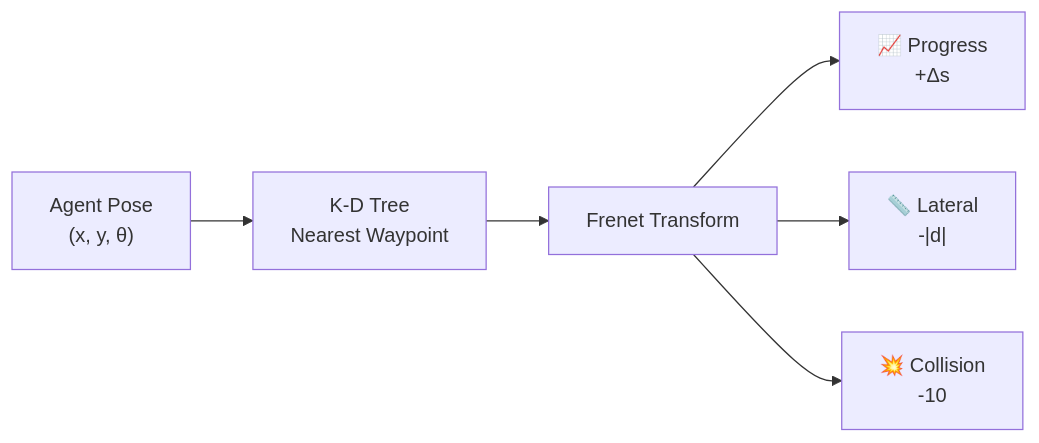
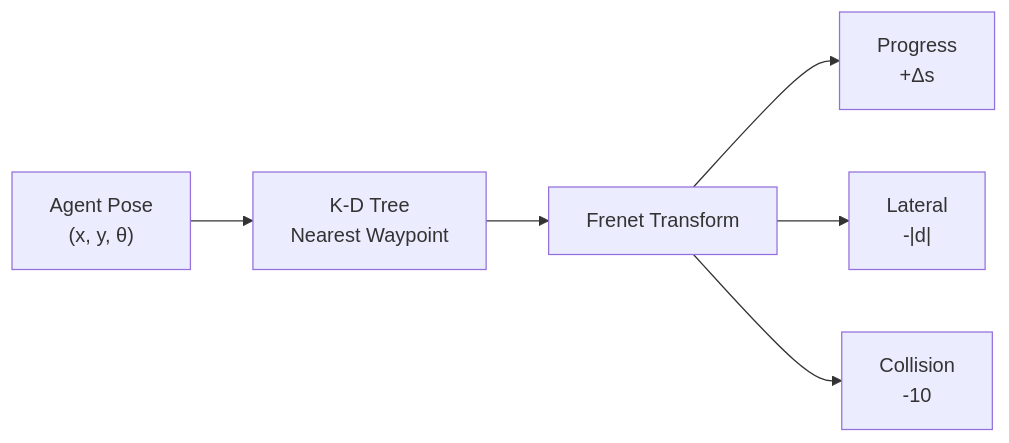
Before and after one commit to leesg0107/leesg0107.github.io: the third of 8 diagrams in _posts/project/2025-11-22-agent-mcqueen.md, drawn with Mermaid. The commit also changed other lines of this file and 77 other files, not shown here.

```diff
--- a/_posts/project/2025-11-22-agent-mcqueen.md
+++ b/_posts/project/2025-11-22-agent-mcqueen.md
@@ -123,8 +118,8 @@
 <div class="mermaid">
 flowchart LR
     POSE["Agent Pose<br/>(x, y, θ)"] --> KD["K-D Tree<br/>Nearest Waypoint"] --> FRENET["Frenet Transform"]
 
-    FRENET --> PROG["📈 Progress<br/>+Δs"]
-    FRENET --> LAT["📏 Lateral<br/>-|d|"]
-    FRENET --> COL["💥 Collision<br/>-10"]
+    FRENET --> PROG["Progress<br/>+Δs"]
+    FRENET --> LAT["Lateral<br/>-|d|"]
+    FRENET --> COL["Collision<br/>-10"]
 </div>
```
